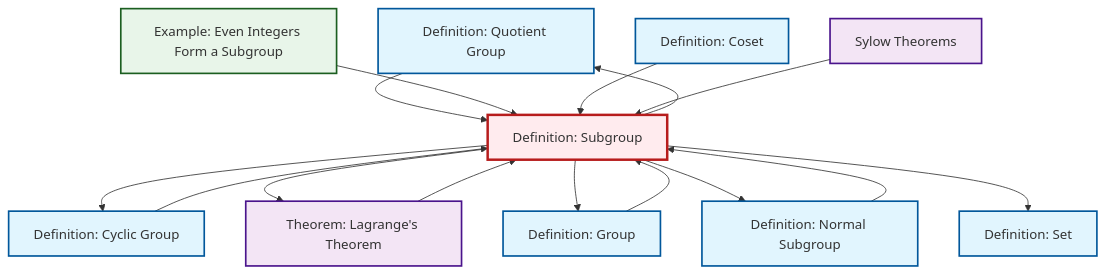
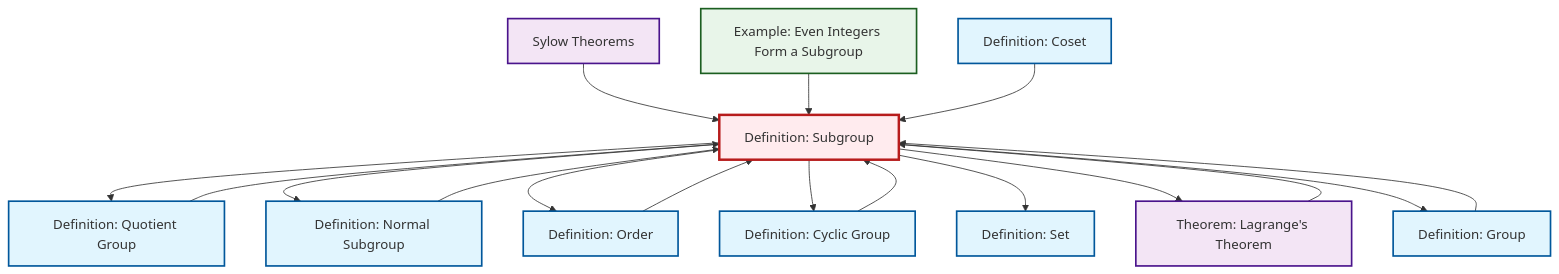
Before and after one commit to RK0429/ModernMath: the diagram in output/mermaid/def-subgroup.mermaid, drawn with Mermaid. The commit also changed 581 other files, not shown here.

```diff
--- a/output/mermaid/def-subgroup.mermaid
+++ b/output/mermaid/def-subgroup.mermaid
@@ -1,32 +1,35 @@
 %%| fig-cap: "Local dependency graph"
 graph TD
     classDef definition fill:#e1f5fe,stroke:#01579b,stroke-width:2px
     classDef theorem fill:#f3e5f5,stroke:#4a148c,stroke-width:2px
     classDef axiom fill:#fff3e0,stroke:#e65100,stroke-width:2px
     classDef example fill:#e8f5e9,stroke:#1b5e20,stroke-width:2px
     classDef current fill:#ffebee,stroke:#b71c1c,stroke-width:3px
+    def-subgroup["Definition: Subgroup"]:::definition
+    thm-sylow["Sylow Theorems"]:::theorem
+    def-order["Definition: Order"]:::definition
     def-quotient-group["Definition: Quotient Group"]:::definition
-    ex-even-integers-subgroup["Example: Even Integers Form a Subgroup"]:::example
-    def-subgroup["Definition: Subgroup"]:::definition
+    thm-lagrange["Theorem: Lagrange's Theorem"]:::theorem
+    def-coset["Definition: Coset"]:::definition
     def-cyclic-group["Definition: Cyclic Group"]:::definition
     def-group["Definition: Group"]:::definition
     def-set["Definition: Set"]:::definition
-    thm-sylow["Sylow Theorems"]:::theorem
+    ex-even-integers-subgroup["Example: Even Integers Form a Subgroup"]:::example
     def-normal-subgroup["Definition: Normal Subgroup"]:::definition
-    def-coset["Definition: Coset"]:::definition
-    thm-lagrange["Theorem: Lagrange's Theorem"]:::theorem
+    def-order --> def-subgroup
+    thm-sylow --> def-subgroup
+    def-cyclic-group --> def-subgroup
+    def-subgroup --> def-quotient-group
+    def-subgroup --> def-normal-subgroup
     def-quotient-group --> def-subgroup
+    def-subgroup --> def-order
+    ex-even-integers-subgroup --> def-subgroup
+    def-group --> def-subgroup
+    def-subgroup --> def-cyclic-group
+    def-coset --> def-subgroup
     def-normal-subgroup --> def-subgroup
-    ex-even-integers-subgroup --> def-subgroup
-    def-subgroup --> def-cyclic-group
+    def-subgroup --> def-set
     def-subgroup --> thm-lagrange
-    def-coset --> def-subgroup
     def-subgroup --> def-group
-    def-subgroup --> def-normal-subgroup
-    def-subgroup --> def-quotient-group
-    def-group --> def-subgroup
-    def-cyclic-group --> def-subgroup
-    thm-sylow --> def-subgroup
     thm-lagrange --> def-subgroup
-    def-subgroup --> def-set
     class def-subgroup current
```
